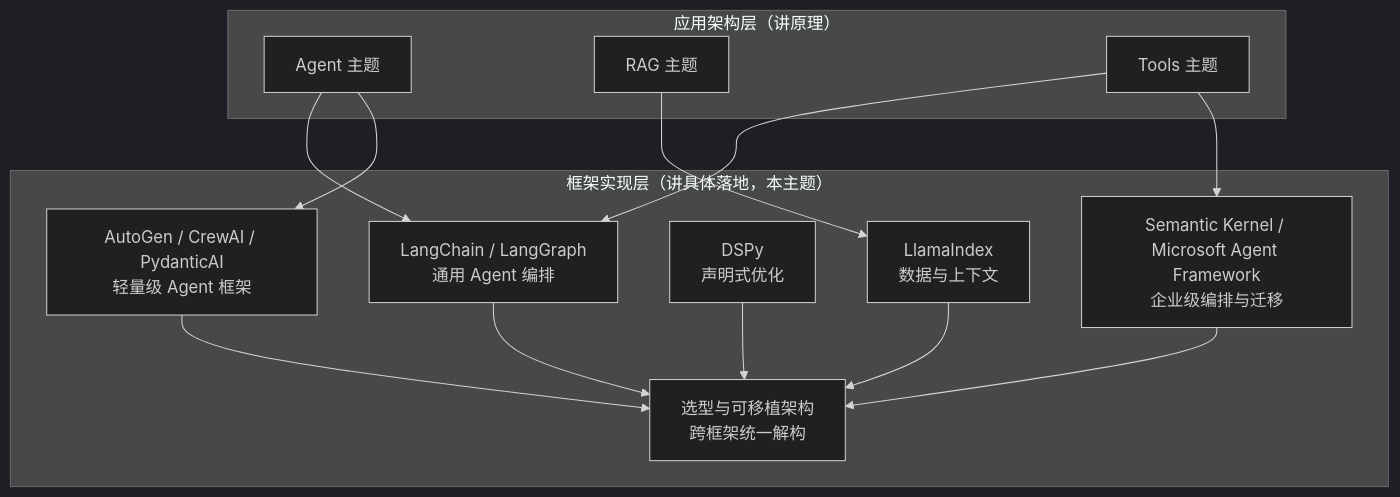
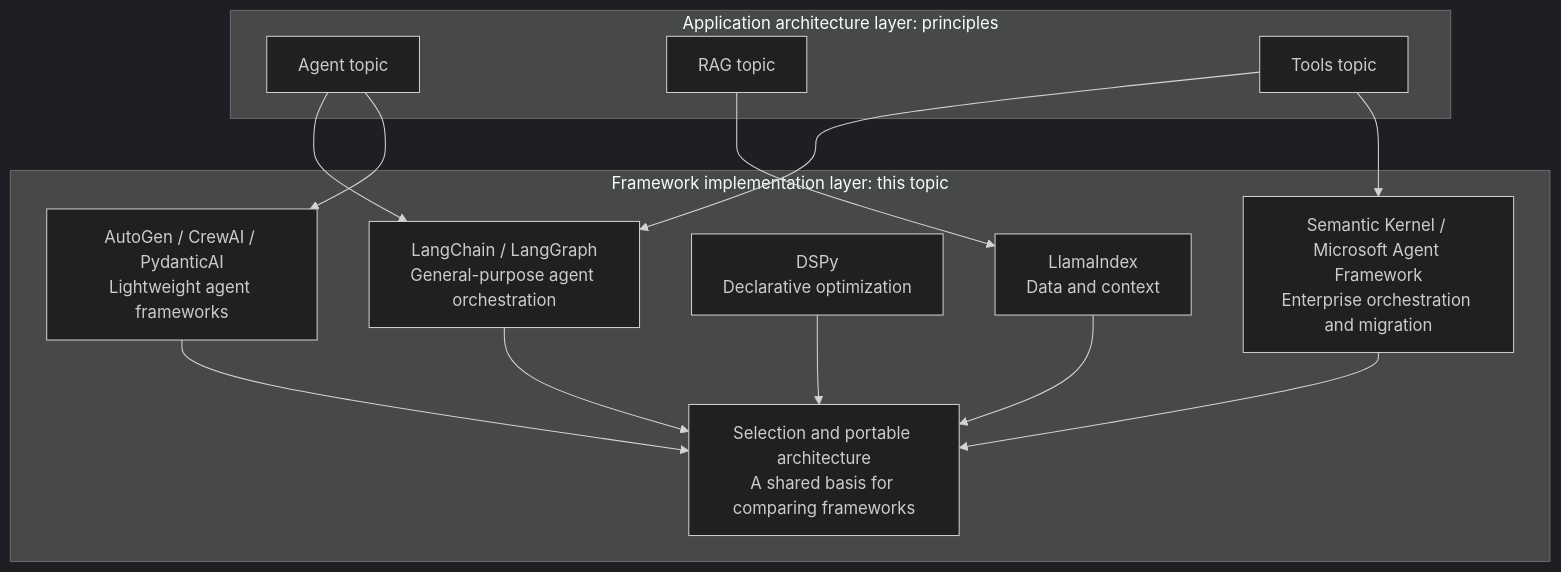
One commit to oneleaveknowsthefall/awesome-ai-roadmap changed the diagram in docs/frameworks/README.md. Above: the diagram before and after it, drawn with Mermaid (dark theme). The commit also changed other lines of this file and 70 other files, not shown here.

````diff
--- a/docs/frameworks/README.md
+++ b/docs/frameworks/README.md
@@ -24,26 +24,26 @@
 ```mermaid
 flowchart TB
-    subgraph L3["应用架构层（讲原理）"]
-        AGENT["Agent 主题"]
-        RAG["RAG 主题"]
-        TOOLS["Tools 主题"]
+    subgraph L3["Application architecture layer: principles"]
+        AGENT["Agent topic"]
+        RAG["RAG topic"]
+        TOOLS["Tools topic"]
     end
-    subgraph L4["框架实现层（讲具体落地，本主题）"]
-        LC["LangChain / LangGraph<br/>通用 Agent 编排"]
-        LI["LlamaIndex<br/>数据与上下文"]
-        DS["DSPy<br/>声明式优化"]
-        SK["Semantic Kernel / Microsoft Agent Framework<br/>企业级编排与迁移"]
-        LW["AutoGen / CrewAI / PydanticAI<br/>轻量级 Agent 框架"]
-        SEL["选型与可移植架构<br/>跨框架统一解构"]
+    subgraph L4["Framework implementation layer: this topic"]
+        LC["LangChain / LangGraph<br/>General-purpose agent orchestration"]
+        LI["LlamaIndex<br/>Data and context"]
+        DS["DSPy<br/>Declarative optimization"]
+        SK["Semantic Kernel / Microsoft Agent Framework<br/>Enterprise orchestration and migration"]
+        LW["AutoGen / CrewAI / PydanticAI<br/>Lightweight agent frameworks"]
+        SEL["Selection and portable architecture<br/>A shared basis for comparing frameworks"]
     end
     AGENT --> LC
     AGENT --> LW
     RAG --> LI
     TOOLS --> LC
     TOOLS --> SK
     LC --> SEL
     LI --> SEL
     DS --> SEL
     SK --> SEL
     LW --> SEL
 ```
````
